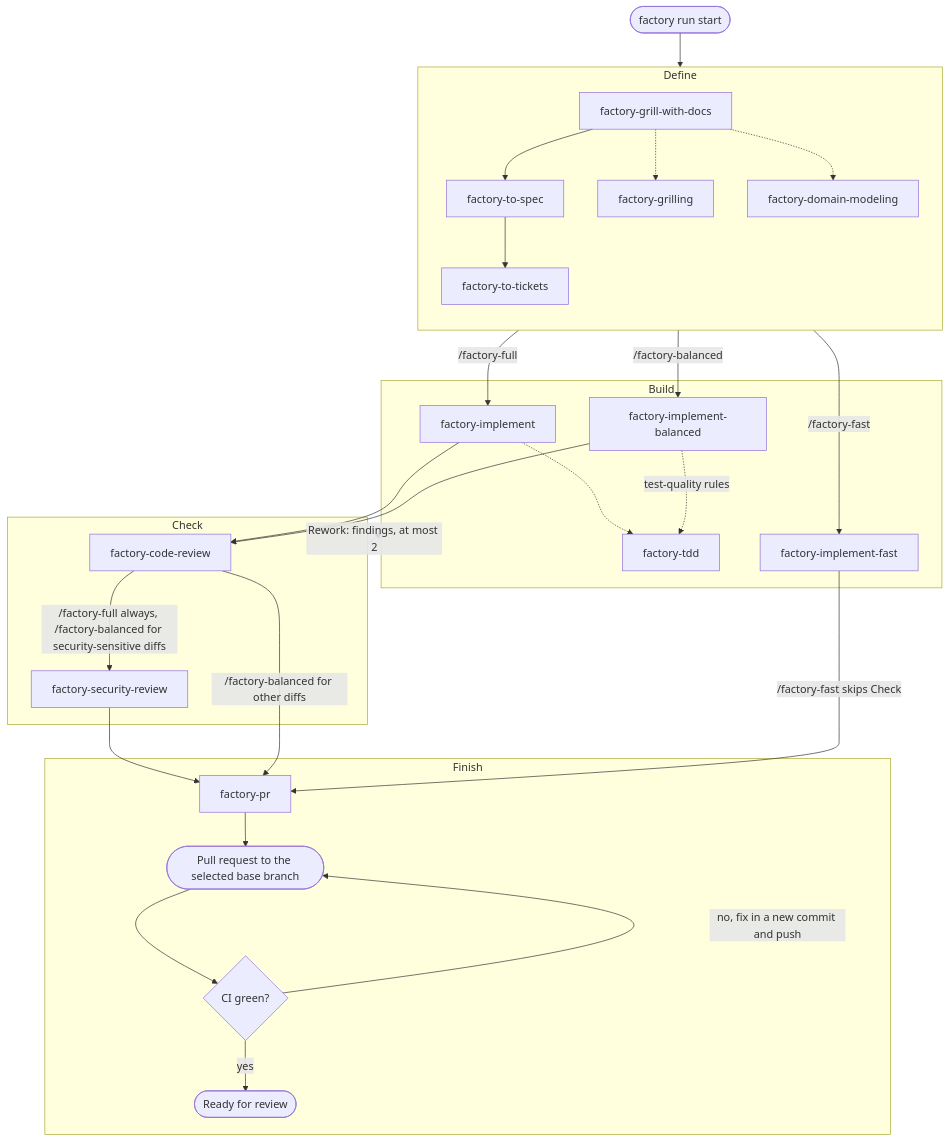
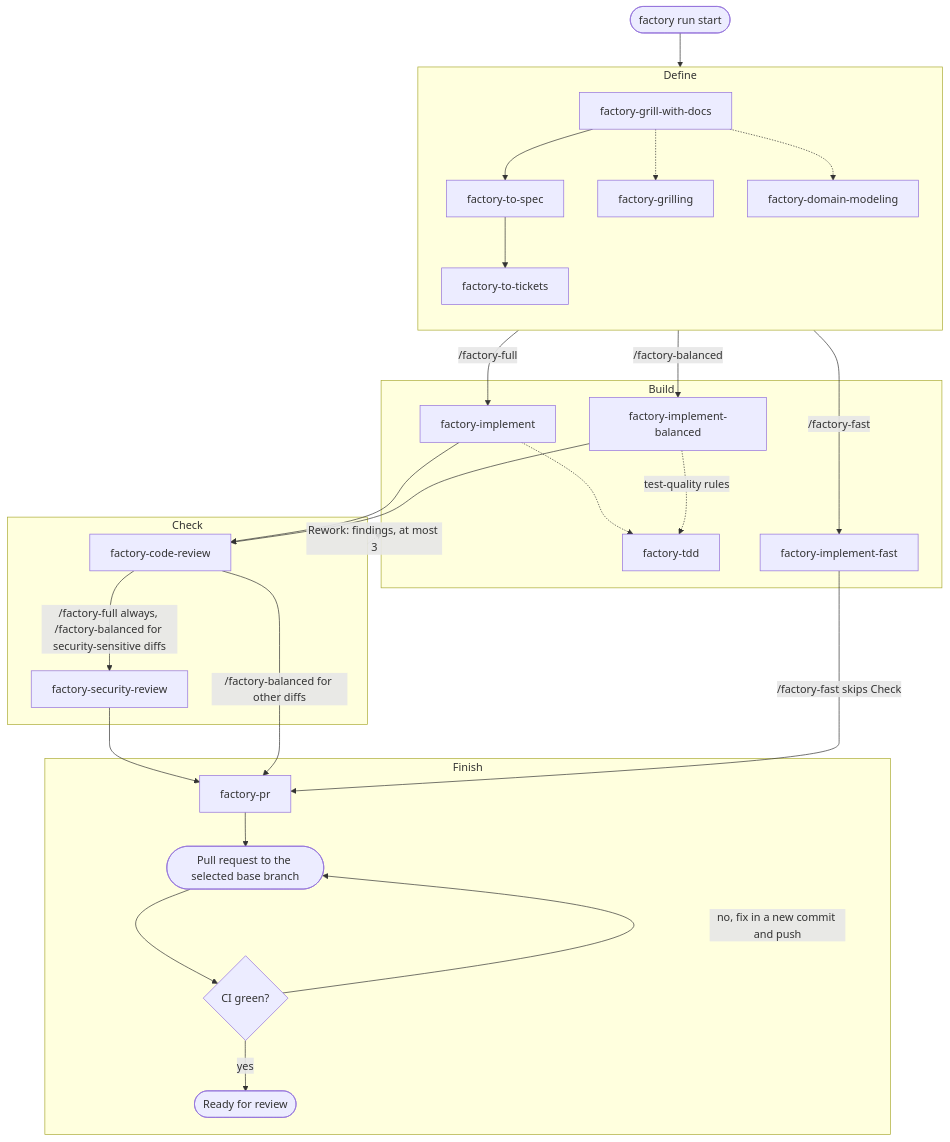
One commit to TDSchreur/jidoka changed the diagram in README.md. Above: the diagram before and after it, drawn with Mermaid. The commit also changed other lines of this file and 8 other files, not shown here.

````diff
--- a/README.md
+++ b/README.md
@@ -177,38 +177,38 @@
 ```mermaid
 flowchart TB
     start([factory run start]) --> define
 
     subgraph define [Define]
         direction TB
         grill[factory-grill-with-docs] --> spec[factory-to-spec] --> tickets[factory-to-tickets]
         grill -.-> grilling[factory-grilling]
         grill -.-> domain[factory-domain-modeling]
     end
 
     subgraph build [Build]
         impl[factory-implement] -.-> tdd[factory-tdd]
         implbal[factory-implement-balanced] -.->|test-quality rules| tdd
         implfast[factory-implement-fast]
     end
 
     subgraph check [Check]
         review[factory-code-review] -->|/factory-full always, /factory-balanced for security-sensitive diffs| security[factory-security-review]
     end
 
     subgraph finish [Finish]
         pr[factory-pr] --> pull([Pull request to the selected base branch])
         pull --> ci{CI green?}
         ci -->|no, fix in a new commit and push| pull
         ci -->|yes| done([Ready for review])
     end
 
     define -->|/factory-full| impl
     define -->|/factory-balanced| implbal
     define -->|/factory-fast| implfast
     impl --> review
     implbal --> review
-    check -.->|Rework: findings, at most 2| build
+    check -.->|Rework: findings, at most 3| build
     security --> pr
     review -->|/factory-balanced for other diffs| pr
     implfast -->|/factory-fast skips Check| pr
 ```
````
